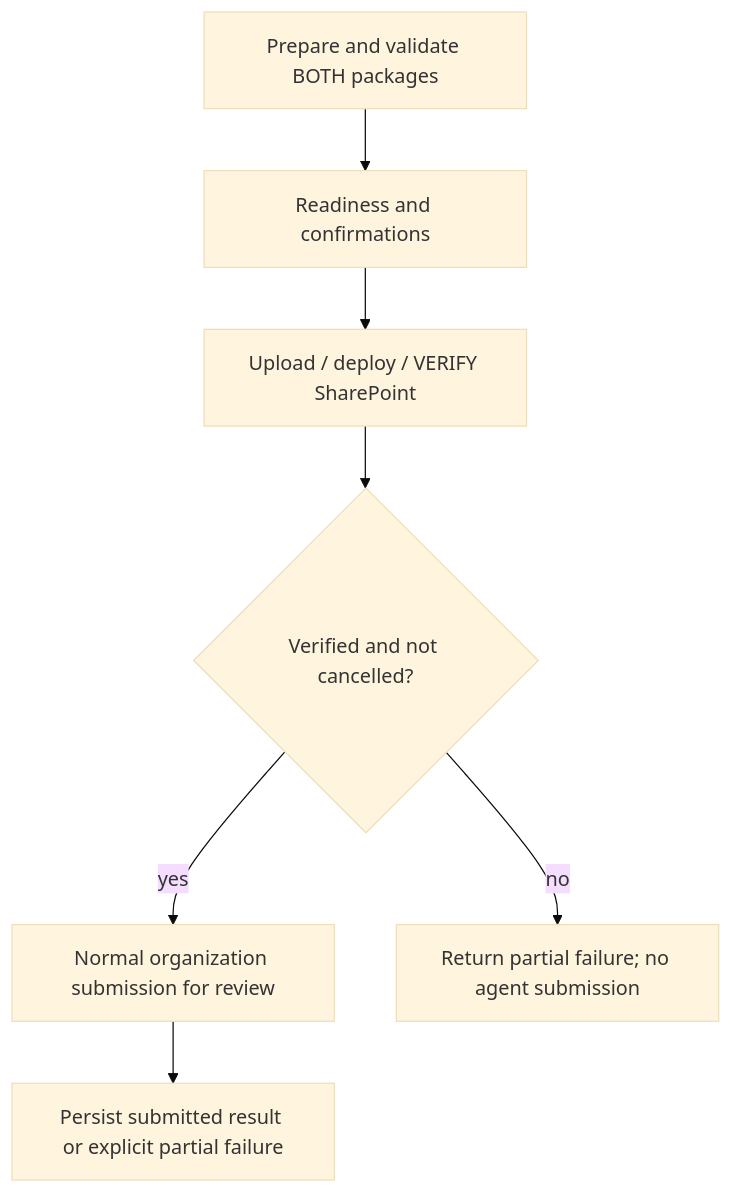
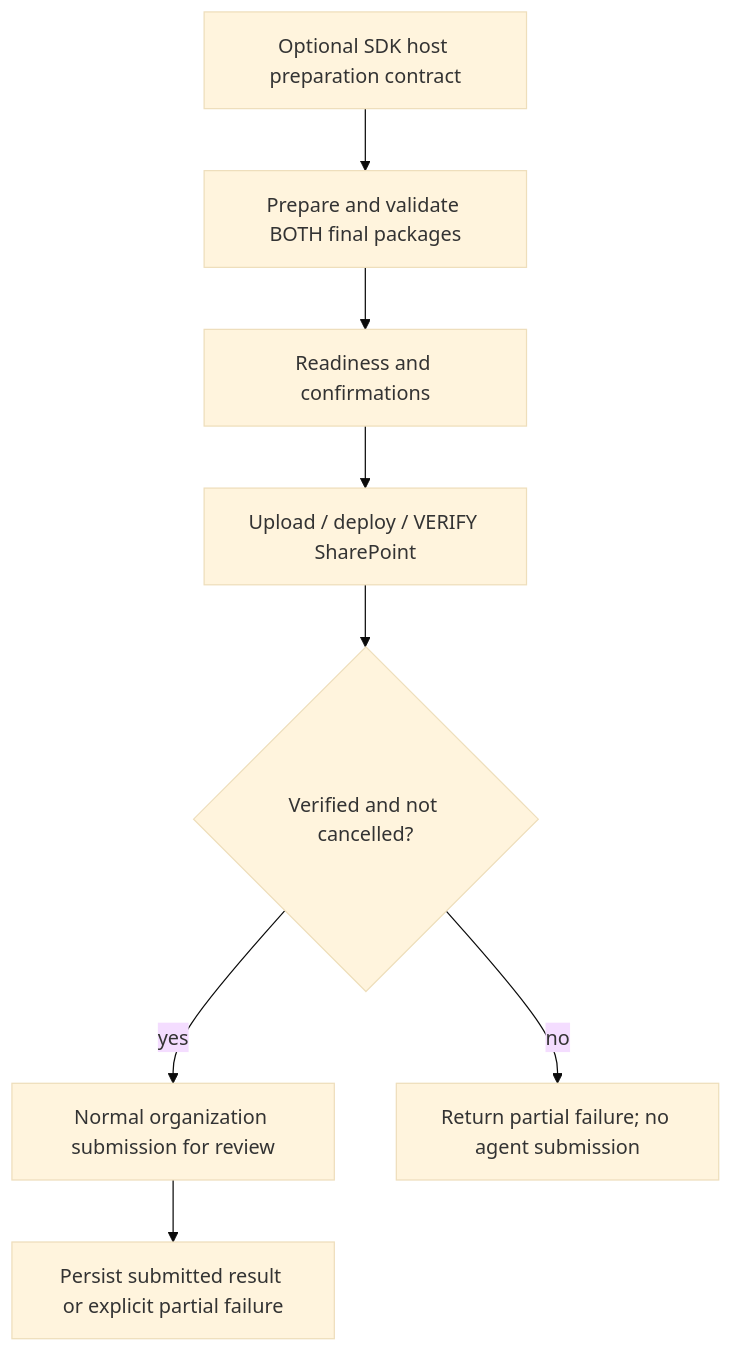
Before and after one commit to jansenbe/microsoft-365-agents-toolkit: the diagram in docs/03-specs/scenarios/publishing/sharepoint-first.md, drawn with Mermaid (base theme). The commit also changed other lines of this file and 16 other files, not shown here.

````diff
--- a/docs/03-specs/scenarios/publishing/sharepoint-first.md
+++ b/docs/03-specs/scenarios/publishing/sharepoint-first.md
@@ -28,9 +29,10 @@
 ```mermaid
 flowchart TD
-  A[Prepare and validate BOTH packages] --> B[Readiness and confirmations]
+  P[Optional SDK host preparation contract] --> A[Prepare and validate BOTH final packages]
+  A --> B[Readiness and confirmations]
   B --> C[Upload / deploy / VERIFY SharePoint]
   C --> D{Verified and not cancelled?}
   D -->|yes| E[Normal organization submission for review]
   D -->|no| F[Return partial failure; no agent submission]
   E --> G[Persist submitted result or explicit partial failure]
 ```
````
